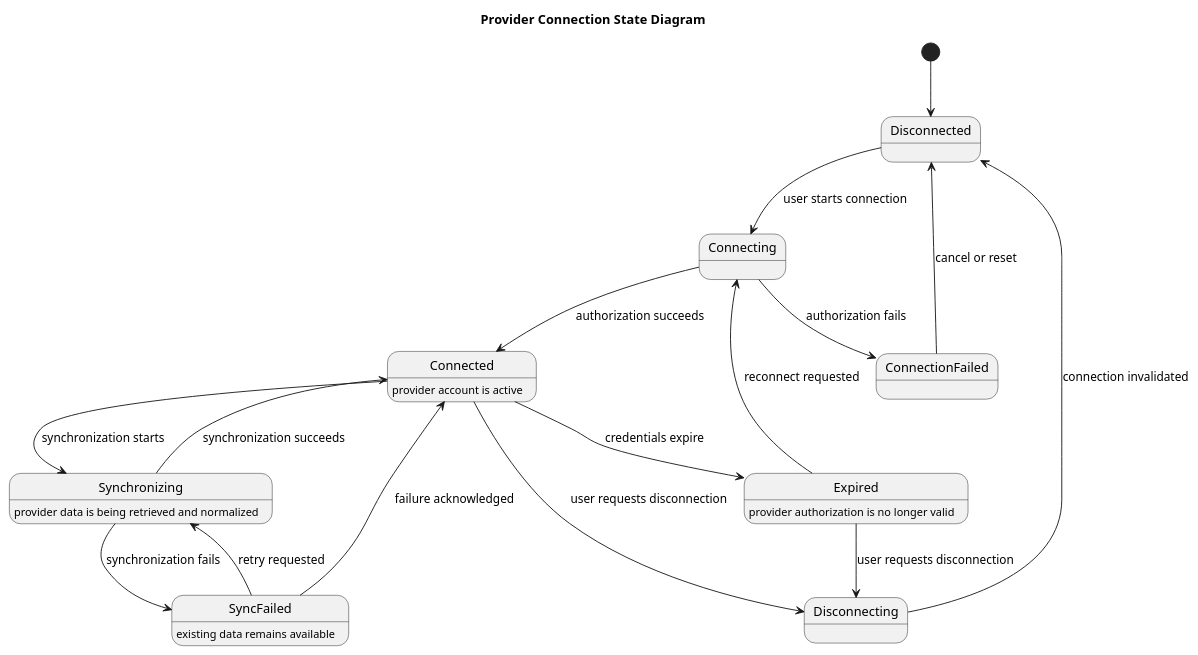
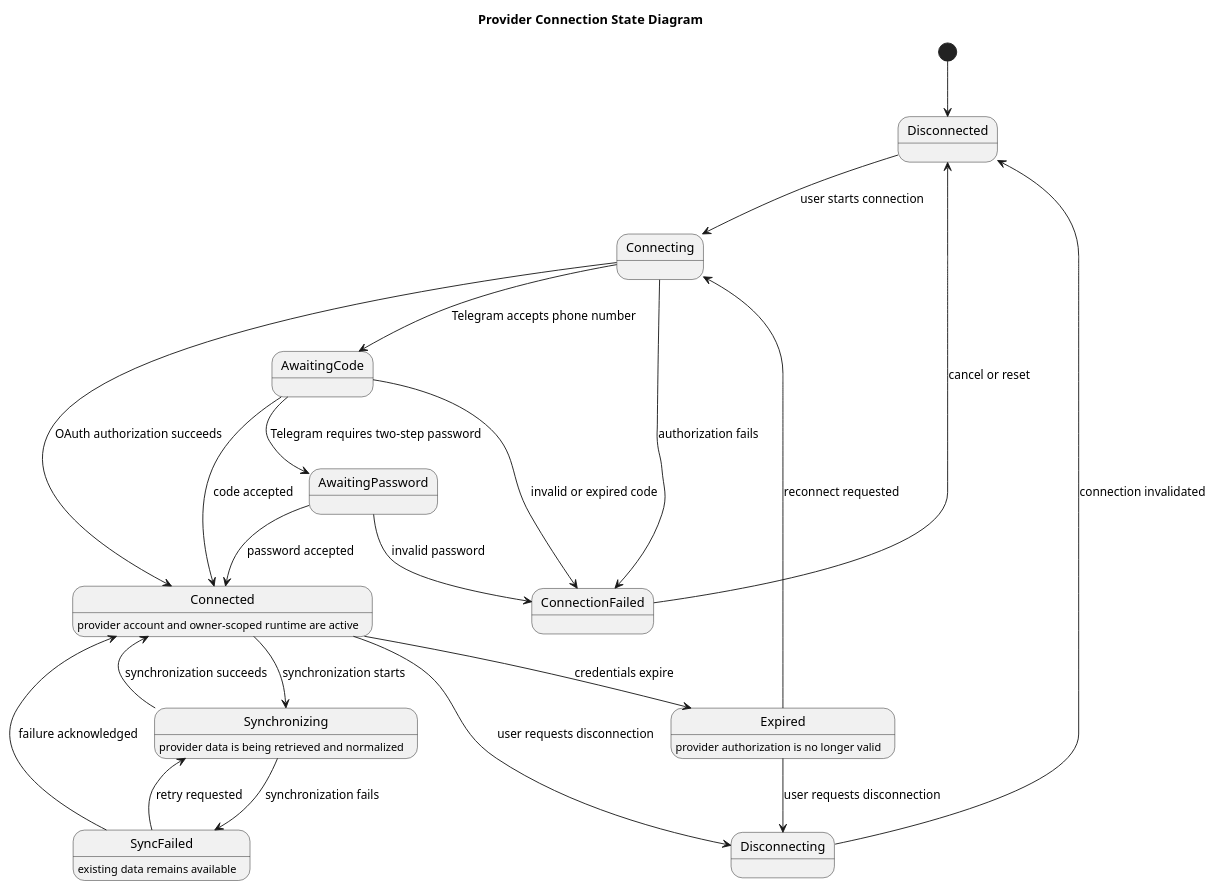
Before and after one commit to Farhad-Valizadegan/Web-OmniDesk: the diagram in docs/SDLC/03-system-analysis/diagrams/provider-connection-state-diagram.puml, drawn with PlantUML. The commit also changed 177 other files, not shown here.

```diff
--- a/docs/SDLC/03-system-analysis/diagrams/provider-connection-state-diagram.puml
+++ b/docs/SDLC/03-system-analysis/diagrams/provider-connection-state-diagram.puml
@@ -1,41 +1,47 @@
 @startuml
 title Provider Connection State Diagram
 
 [*] --> Disconnected
 
 Disconnected --> Connecting : user starts connection
-Connecting --> Connected : authorization succeeds
+Connecting --> AwaitingCode : Telegram accepts phone number
+AwaitingCode --> AwaitingPassword : Telegram requires two-step password
+AwaitingCode --> Connected : code accepted
+AwaitingPassword --> Connected : password accepted
+Connecting --> Connected : OAuth authorization succeeds
 Connecting --> ConnectionFailed : authorization fails
+AwaitingCode --> ConnectionFailed : invalid or expired code
+AwaitingPassword --> ConnectionFailed : invalid password
 
 Connected --> Synchronizing : synchronization starts
 Synchronizing --> Connected : synchronization succeeds
 Synchronizing --> SyncFailed : synchronization fails
 
 SyncFailed --> Synchronizing : retry requested
 SyncFailed --> Connected : failure acknowledged
 
 Connected --> Expired : credentials expire
 Expired --> Connecting : reconnect requested
 
 Connected --> Disconnecting : user requests disconnection
 Expired --> Disconnecting : user requests disconnection
 ConnectionFailed --> Disconnected : cancel or reset
 Disconnecting --> Disconnected : connection invalidated
 
 state Connected {
-  Connected : provider account is active
+  Connected : provider account and owner-scoped runtime are active
 }
 
 state Synchronizing {
   Synchronizing : provider data is being retrieved and normalized
 }
 
 state SyncFailed {
   SyncFailed : existing data remains available
 }
 
 state Expired {
   Expired : provider authorization is no longer valid
 }
 
 @enduml
```
